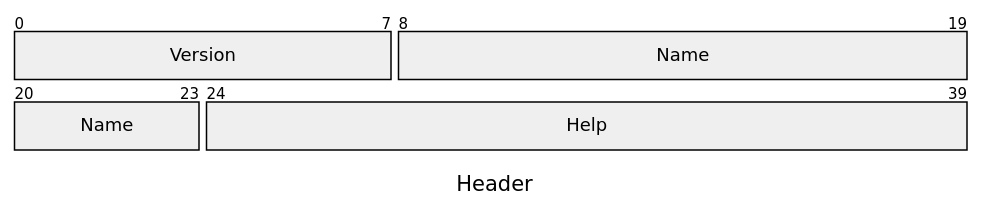
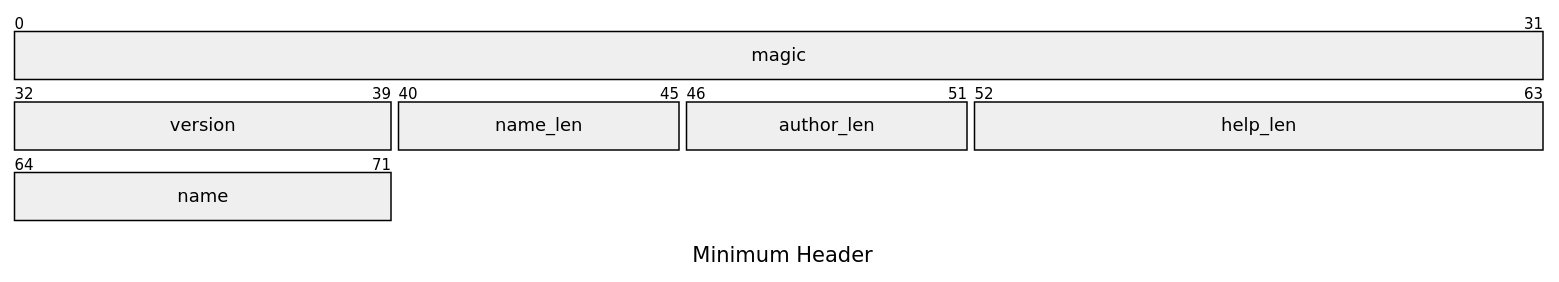
Before and after one commit to nukkeldev/analogue: the diagram in documentation/specification.md, drawn with Mermaid. The commit also changed other lines of this file, not shown here.

````diff
--- a/documentation/specification.md
+++ b/documentation/specification.md
@@ -46,12 +44,12 @@
 ```mermaid
 ---
-title: "Header"
-config:
-    packet:
-        bitsPerRow: 20
+title: "Minimum Header"
 ---
 packet-beta
-0-7: "Version"
-8-23: "Name"
-24-39: "Help"
+0-31: "magic"
+32-39: "version"
+40-45: "name_len"
+46-51: "author_len"
+52-63: "help_len"
+64-71: "name"
 ```
````
